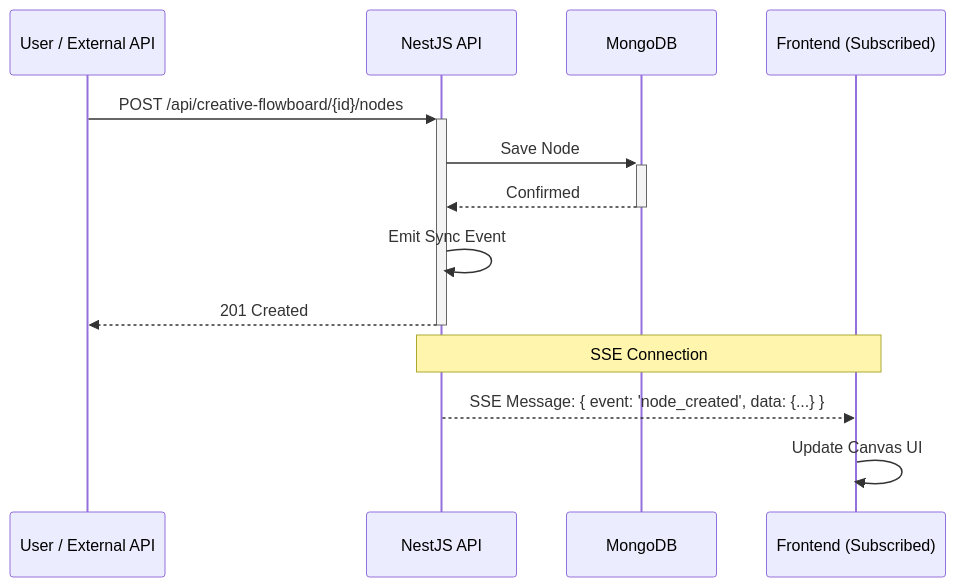
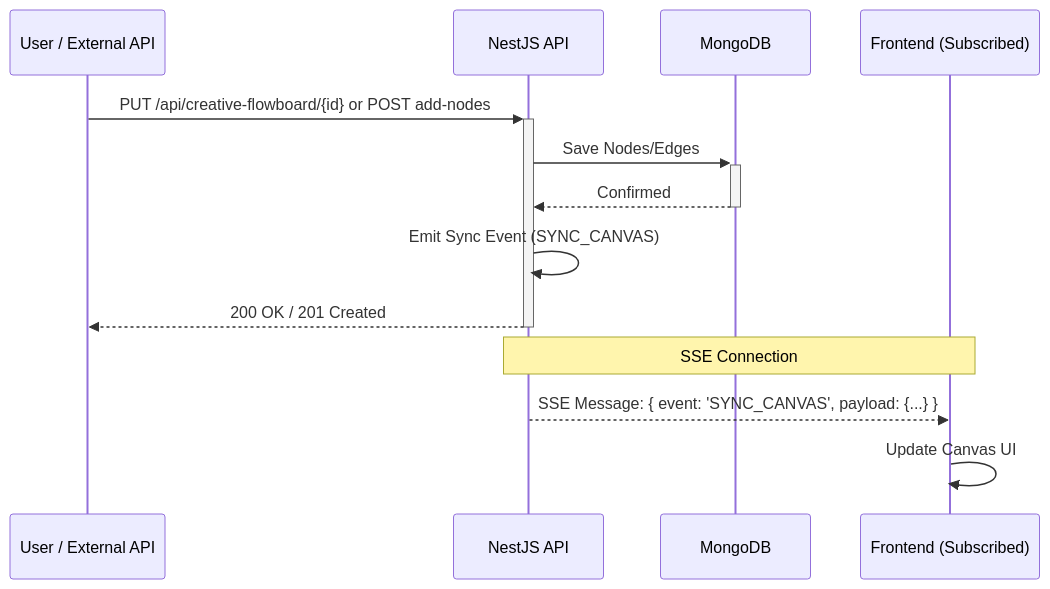
Before and after one commit to adamofig/control-markets-node: the diagram in docs/technical-reference/real-time-sync.md, drawn with Mermaid. The commit also changed other lines of this file and 6 other files, not shown here.

````diff
--- a/docs/technical-reference/real-time-sync.md
+++ b/docs/technical-reference/real-time-sync.md
@@ -24,17 +27,17 @@
 ```mermaid
 sequenceDiagram
     participant Client as User / External API
     participant Backend as NestJS API
     participant DB as MongoDB
     participant App as Frontend (Subscribed)
 
-    Client->>+Backend: POST /api/creative-flowboard/{id}/nodes
-    Backend->>+DB: Save Node
+    Client->>+Backend: PUT /api/creative-flowboard/{id} or POST add-nodes
+    Backend->>+DB: Save Nodes/Edges
     DB-->>-Backend: Confirmed
-    Backend->>Backend: Emit Sync Event
-    Backend-->>-Client: 201 Created
+    Backend->>Backend: Emit Sync Event (SYNC_CANVAS)
+    Backend-->>-Client: 200 OK / 201 Created
     
     Note over Backend,App: SSE Connection
-    Backend-->>App: SSE Message: { event: 'node_created', data: {...} }
+    Backend-->>App: SSE Message: { event: 'SYNC_CANVAS', payload: {...} }
     App->>App: Update Canvas UI
 ```
````
